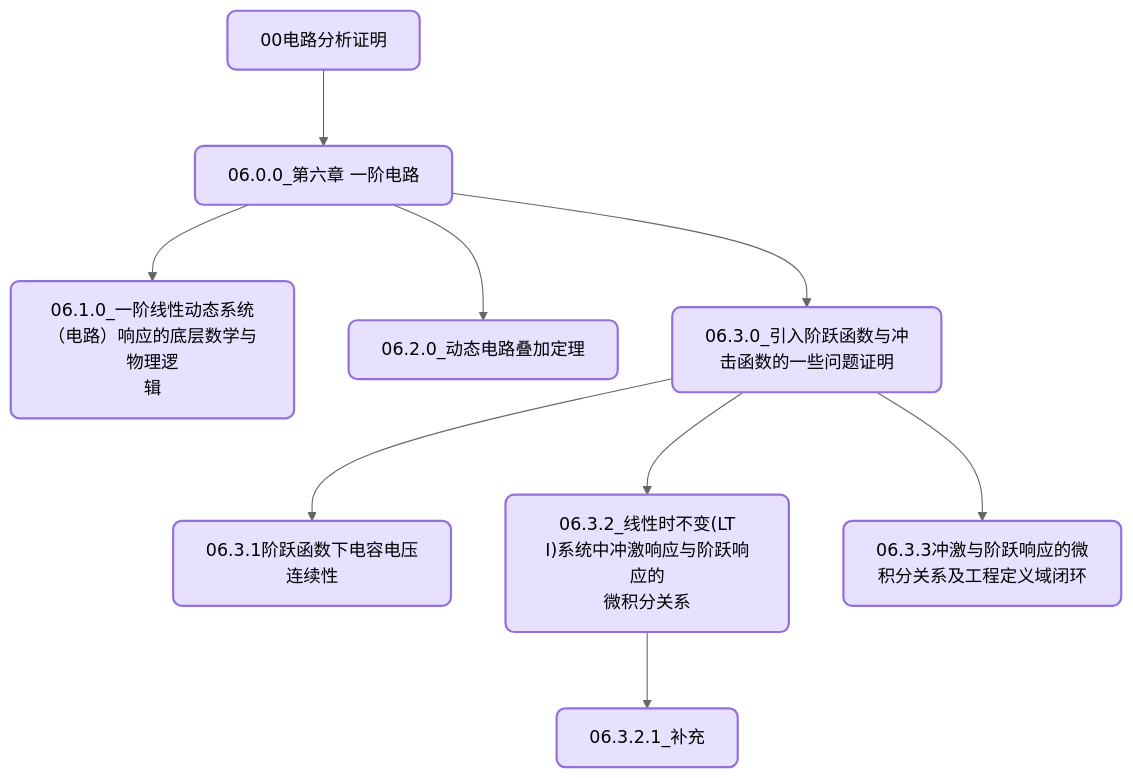
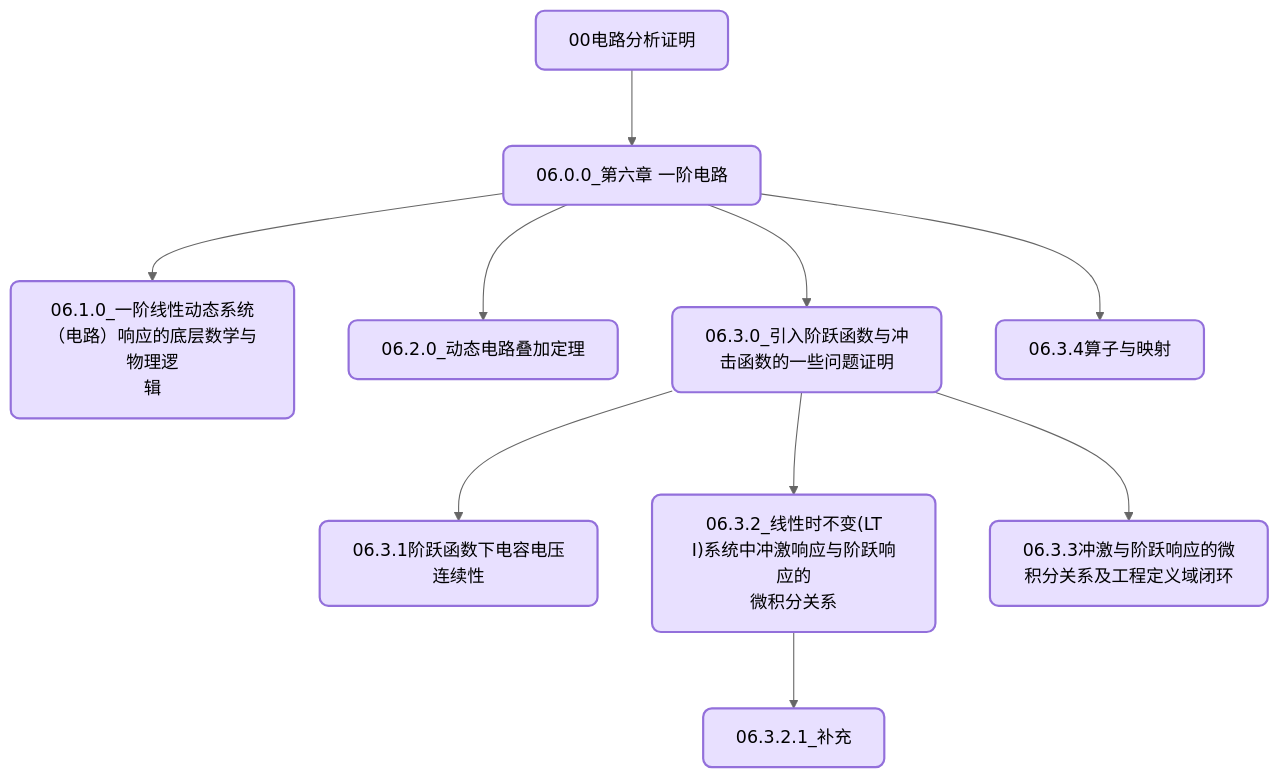
Before and after one commit to wangjiuyi543-ui/Circuit-Foundations-First-Principles: the diagram in README.md, drawn with Mermaid.

Commit message:
🤖 自动同步Canvas到README

````diff
--- a/README.md
+++ b/README.md
@@ -36,22 +36,24 @@
 ```mermaid
 %%{init: {'theme':'neutral', 'flowchart': {'nodeSpacing': 50, 'rankSpacing': 70, 'curve': 'basis', 'htmlLabels': true}}}%%
 graph TD
     classDef default fill:#e8e0ff,stroke:#9370db,stroke-width:2px,rx:8px,ry:8px;
     node_0["<a href="https://github.com/wangjiuyi543-ui/Circuit-Foundations-First-Principles/blob/main/Obsidian Vault/电路原理相关证明/00电路分析证明.md" target="_blank" style="color:inherit;text-decoration:none;">00电路分析证明</a>"]
     node_1["<a href="https://github.com/wangjiuyi543-ui/Circuit-Foundations-First-Principles/blob/main/Obsidian Vault/电路原理相关证明/06.0.0_第六章 一阶电路.md" target="_blank" style="color:inherit;text-decoration:none;">06.0.0_第六章 一阶电路<br></a>"]
     node_2["<a href="https://github.com/wangjiuyi543-ui/Circuit-Foundations-First-Principles/blob/main/Obsidian Vault/电路原理相关证明/06.1.0_一阶线性动态系统（电路）响应的底层数学与物理逻辑.md" target="_blank" style="color:inherit;text-decoration:none;">06.1.0_一阶线性动态系统<br>（电路）响应的底层数学与物理逻<br>辑</a>"]
     node_3["<a href="https://github.com/wangjiuyi543-ui/Circuit-Foundations-First-Principles/blob/main/Obsidian Vault/电路原理相关证明/06.2.0_动态电路叠加定理.md" target="_blank" style="color:inherit;text-decoration:none;">06.2.0_动态电路叠加定理<br></a>"]
     node_4["<a href="https://github.com/wangjiuyi543-ui/Circuit-Foundations-First-Principles/blob/main/Obsidian Vault/电路原理相关证明/06.3.0_引入阶跃函数与冲击函数的一些问题证明.md" target="_blank" style="color:inherit;text-decoration:none;">06.3.0_引入阶跃函数与冲<br>击函数的一些问题证明</a>"]
     node_5["<a href="https://github.com/wangjiuyi543-ui/Circuit-Foundations-First-Principles/blob/main/Obsidian Vault/电路原理相关证明/06.3.1阶跃函数下电容电压连续性.md" target="_blank" style="color:inherit;text-decoration:none;">06.3.1阶跃函数下电容电压<br>连续性</a>"]
     node_6["<a href="https://github.com/wangjiuyi543-ui/Circuit-Foundations-First-Principles/blob/main/Obsidian Vault/电路原理相关证明/06.3.2_线性时不变(LTI)系统中冲激响应与阶跃响应的微积分关系.md" target="_blank" style="color:inherit;text-decoration:none;">06.3.2_线性时不变(LT<br>I)系统中冲激响应与阶跃响应的<br>微积分关系</a>"]
     node_7["<a href="https://github.com/wangjiuyi543-ui/Circuit-Foundations-First-Principles/blob/main/Obsidian Vault/电路原理相关证明/06.3.3冲激与阶跃响应的微积分关系及工程定义域闭环.md" target="_blank" style="color:inherit;text-decoration:none;">06.3.3冲激与阶跃响应的微<br>积分关系及工程定义域闭环</a>"]
     node_8["<a href="https://github.com/wangjiuyi543-ui/Circuit-Foundations-First-Principles/blob/main/Obsidian Vault/电路原理相关证明/06.3.2.1_补充.md" target="_blank" style="color:inherit;text-decoration:none;">06.3.2.1_补充</a>"]
+    node_9["<a href="https://github.com/wangjiuyi543-ui/Circuit-Foundations-First-Principles/blob/main/Obsidian Vault/电路原理相关证明/06.3.4算子与映射.md" target="_blank" style="color:inherit;text-decoration:none;">06.3.4算子与映射</a>"]
     node_0 --> node_1
     node_1 --> node_2
     node_1 --> node_3
     node_1 --> node_4
     node_4 --> node_5
     node_4 --> node_6
     node_4 --> node_7
     node_6 --> node_8
+    node_1 --> node_9
 ```
````
